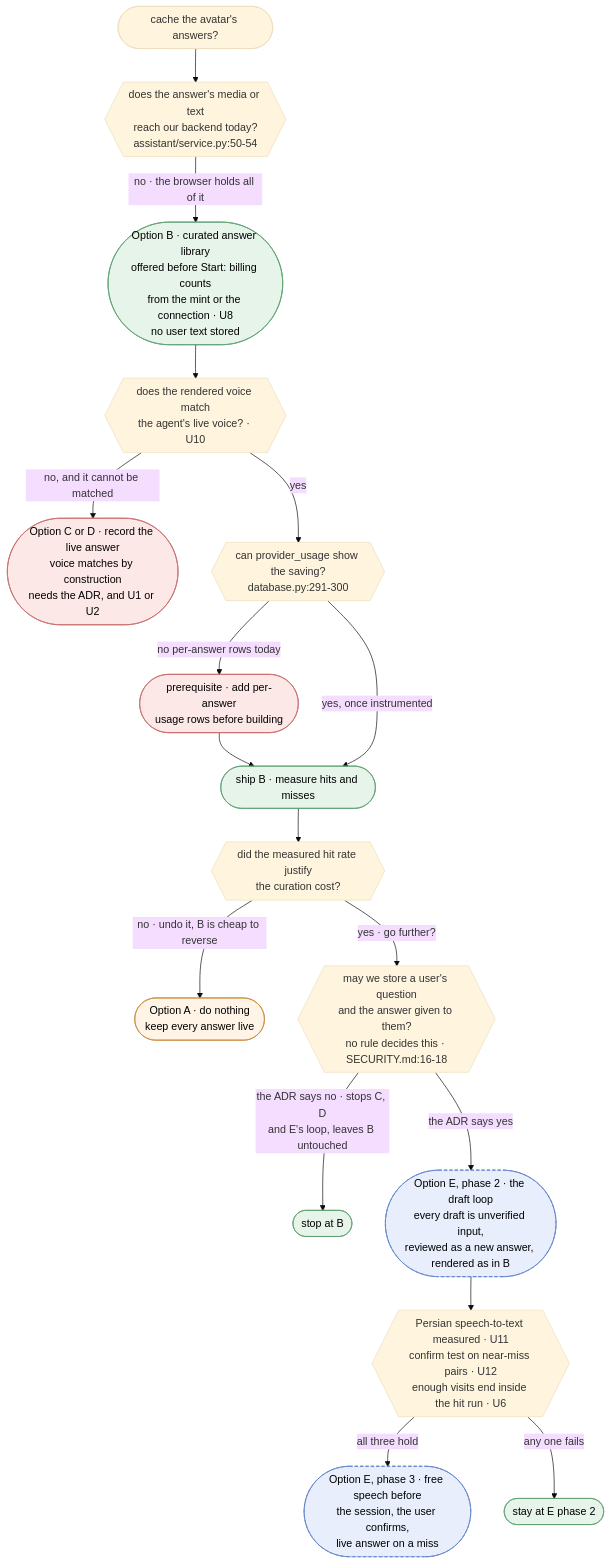
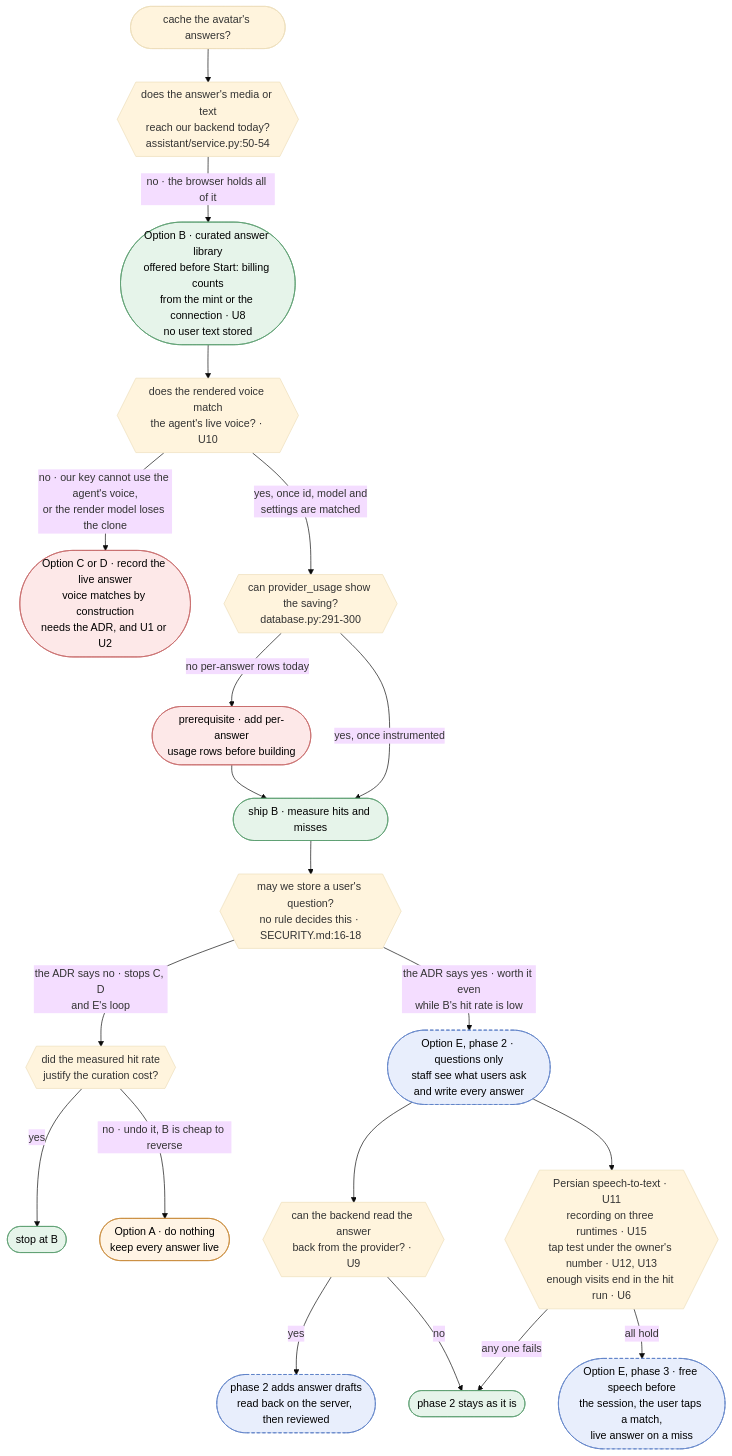
Before and after one commit to Kohandezh/kohandezh-live-avatar: the second of 2 diagrams in docs/features/response-caching/RESEARCH.md, drawn with Mermaid (base theme). The commit also changed other lines of this file, not shown here.

First line of the commit message:
docs(assistant): address the turn 1 review of the Option E amendment

````diff
--- a/docs/features/response-caching/RESEARCH.md
+++ b/docs/features/response-caching/RESEARCH.md
@@ -1172,25 +1268,28 @@
 ```mermaid
 flowchart TB
     Q(["cache the avatar's answers?"])
     Q --> G1{{"does the answer's media or text<br/>reach our backend today?<br/>assistant/service.py:50-54"}}
     G1 -->|"no · the browser holds all of it"| B(["Option B · curated answer library<br/>offered before Start: billing counts<br/>from the mint or the connection · U8<br/>no user text stored"]):::chosen
     B --> GV{{"does the rendered voice match<br/>the agent's live voice? · U10"}}
-    GV -->|"no, and it cannot be matched"| CD(["Option C or D · record the live answer<br/>voice matches by construction<br/>needs the ADR, and U1 or U2"]):::fallback
-    GV -->|"yes"| G3{{"can provider_usage show the saving?<br/>database.py:291-300"}}
+    GV -->|"no · our key cannot use the agent's voice,<br/>or the render model loses the clone"| CD(["Option C or D · record the live answer<br/>voice matches by construction<br/>needs the ADR, and U1 or U2"]):::fallback
+    GV -->|"yes, once id, model and<br/>settings are matched"| G3{{"can provider_usage show the saving?<br/>database.py:291-300"}}
     G3 -->|"no per-answer rows today"| INSTR(["prerequisite · add per-answer<br/>usage rows before building"]):::fallback
     INSTR --> SHIP
     G3 -->|"yes, once instrumented"| SHIP(["ship B · measure hits and misses"]):::chosen
-    SHIP --> G4{{"did the measured hit rate justify<br/>the curation cost?"}}
+    SHIP --> G2{{"may we store a user's question?<br/>no rule decides this · SECURITY.md:16-18"}}
+    G2 -->|"the ADR says no · stops C, D<br/>and E's loop"| G4{{"did the measured hit rate<br/>justify the curation cost?"}}
+    G4 -->|"yes"| STOP(["stop at B"]):::chosen
     G4 -->|"no · undo it, B is cheap to reverse"| A(["Option A · do nothing<br/>keep every answer live"]):::forced
-    G4 -->|"yes · go further?"| G2{{"may we store a user's question<br/>and the answer given to them?<br/>no rule decides this · SECURITY.md:16-18"}}
-    G2 -->|"the ADR says no · stops C, D<br/>and E's loop, leaves B untouched"| STOP(["stop at B"]):::chosen
-    G2 -->|"the ADR says yes"| E2(["Option E, phase 2 · the draft loop<br/>every draft is unverified input,<br/>reviewed as a new answer, rendered as in B"]):::gated
-    E2 --> G5{{"Persian speech-to-text measured · U11<br/>confirm test on near-miss pairs · U12<br/>enough visits end inside the hit run · U6"}}
-    G5 -->|"all three hold"| E3(["Option E, phase 3 · free speech before<br/>the session, the user confirms,<br/>live answer on a miss"]):::gated
-    G5 -->|"any one fails"| STAY(["stay at E phase 2"]):::chosen
+    G2 -->|"the ADR says yes · worth it even<br/>while B's hit rate is low"| E2(["Option E, phase 2 · questions only<br/>staff see what users ask<br/>and write every answer"]):::gated
+    E2 --> G9{{"can the backend read the answer<br/>back from the provider? · U9"}}
+    G9 -->|"yes"| E2A(["phase 2 adds answer drafts<br/>read back on the server, then reviewed"]):::gated
+    G9 -->|"no"| STAY
+    E2 --> G5{{"Persian speech-to-text · U11<br/>recording on three runtimes · U15<br/>tap test under the owner's number · U12, U13<br/>enough visits end in the hit run · U6"}}
+    G5 -->|"all hold"| E3(["Option E, phase 3 · free speech before<br/>the session, the user taps a match,<br/>live answer on a miss"]):::gated
+    G5 -->|"any one fails"| STAY(["phase 2 stays as it is"]):::chosen
 
     classDef chosen   fill:#e6f4ea,stroke:#5a9e6f,color:#000
     classDef fallback fill:#fde8e8,stroke:#c86a6a,color:#000
     classDef forced   fill:#fff4e5,stroke:#c98a3a,color:#000
     classDef gated    fill:#e8eefc,stroke:#5b7fc7,color:#000,stroke-dasharray:5 3
 ```
````
